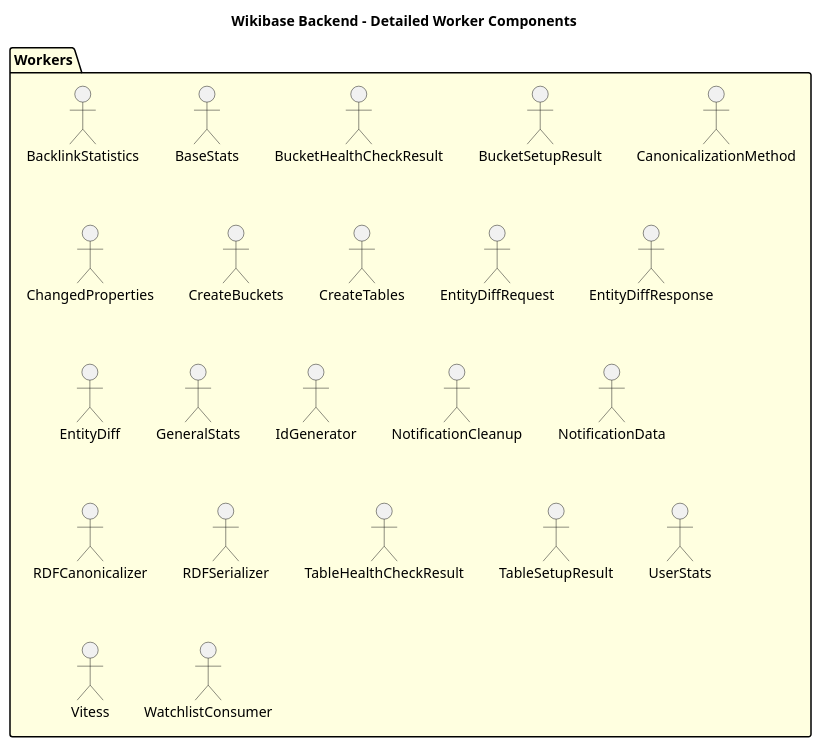
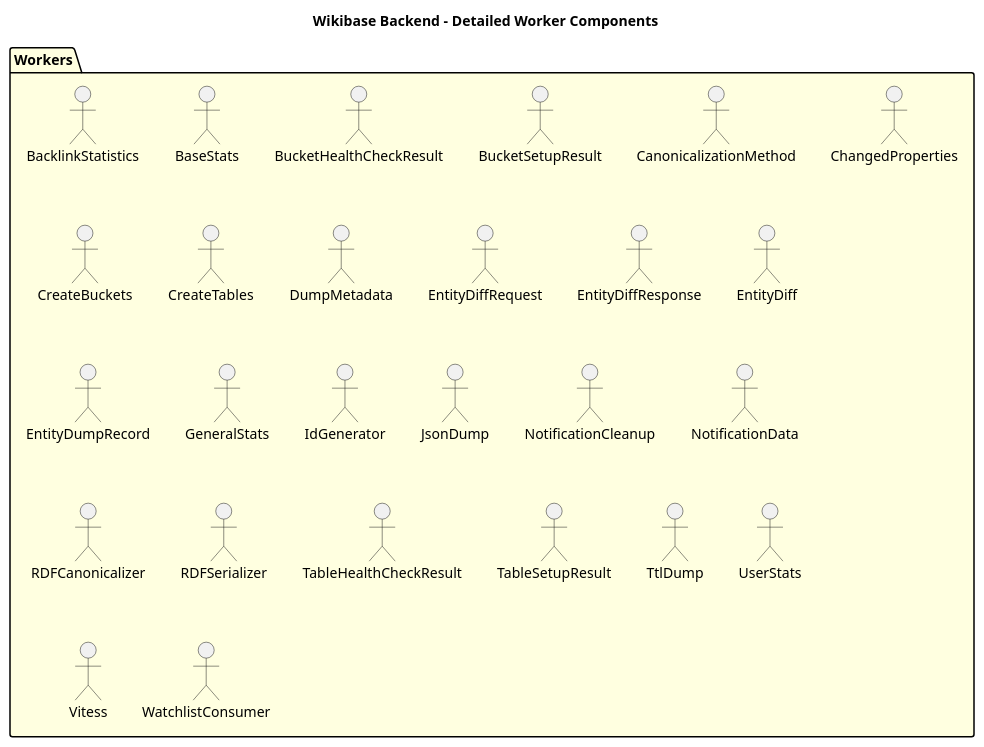
One commit to dpriskorn/entitybase-backend changed the diagram in doc/DIAGRAMS/detailed_worker_components.puml. Above: the diagram before and after it, drawn with PlantUML. The commit also changed 16 other files, not shown here.

First line of the commit message:
Add JSON/TTL dump workers and update documentation

```diff
--- a/doc/DIAGRAMS/detailed_worker_components.puml
+++ b/doc/DIAGRAMS/detailed_worker_components.puml
@@ -1,30 +1,34 @@
 @startuml Detailed Worker Components
 
 title Wikibase Backend - Detailed Worker Components
 
 package "Workers" as Workers #LightYellow {
     "BacklinkStatistics" as BacklinkStatisticsWorker
     "BaseStats" as BaseStatsWorker
     "BucketHealthCheckResult" as BucketHealthCheckResult
     "BucketSetupResult" as BucketSetupResult
     "CanonicalizationMethod" as CanonicalizationMethod
     "ChangedProperties" as ChangedProperties
     "CreateBuckets" as CreateBuckets
     "CreateTables" as CreateTables
+    "DumpMetadata" as DumpMetadata
     "EntityDiffRequest" as EntityDiffRequest
     "EntityDiffResponse" as EntityDiffResponse
     "EntityDiff" as EntityDiffWorker
+    "EntityDumpRecord" as EntityDumpRecord
     "GeneralStats" as GeneralStatsWorker
     "IdGenerator" as IdGeneratorWorker
+    "JsonDump" as JsonDumpWorker
     "NotificationCleanup" as NotificationCleanupWorker
     "NotificationData" as NotificationData
     "RDFCanonicalizer" as RDFCanonicalizer
     "RDFSerializer" as RDFSerializer
     "TableHealthCheckResult" as TableHealthCheckResult
     "TableSetupResult" as TableSetupResult
+    "TtlDump" as TtlDumpWorker
     "UserStats" as UserStatsWorker
     "Vitess" as VitessWorker
     "WatchlistConsumer" as WatchlistConsumerWorker
 }
 
 @enduml
```
